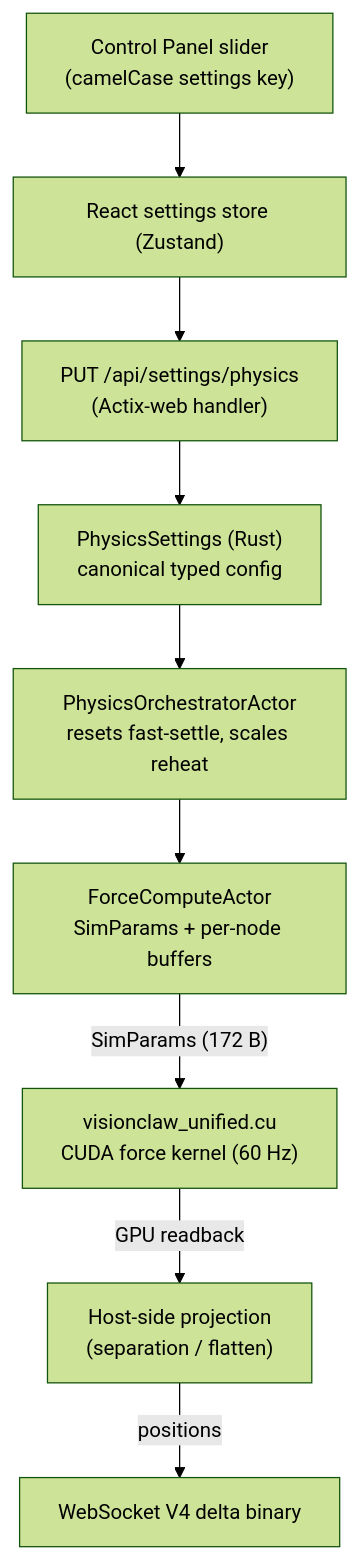
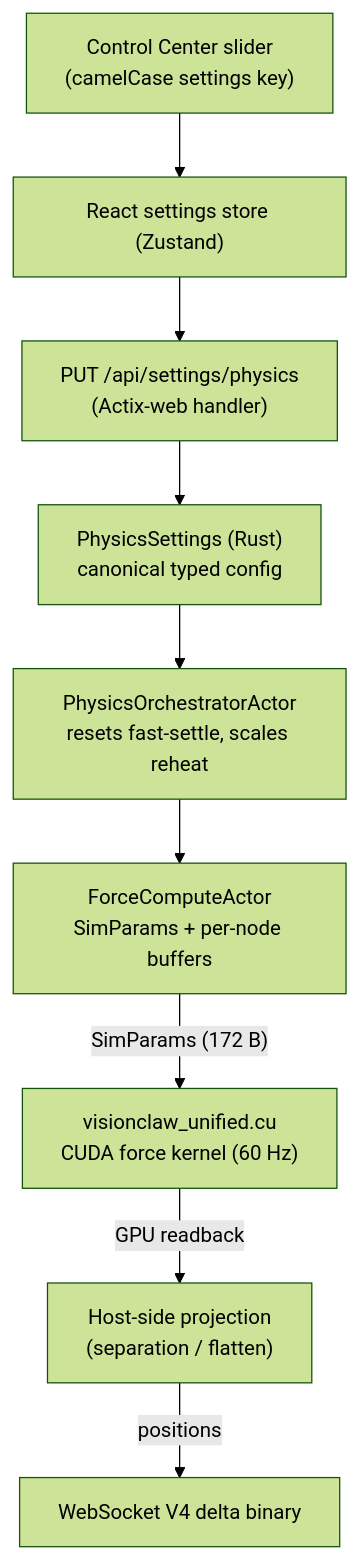
Before and after one commit to DreamLab-AI/AR-AI-Knowledge-Graph: the diagram in docs/reference/physics-parameters.md, drawn with Mermaid (forest theme). The commit also changed other lines of this file and 10 other files, not shown here.

First line of the commit message:
docs: control-center re-imagination — ADR-129, architecture doc, stale-reference sweep

````diff
--- a/docs/reference/physics-parameters.md
+++ b/docs/reference/physics-parameters.md
@@ -27,17 +27,17 @@
 ```mermaid
 flowchart TD
-  Slider["Control Panel slider<br/>(camelCase settings key)"]
+  Slider["Control Center slider<br/>(camelCase settings key)"]
   Store["React settings store (Zustand)"]
   Put["PUT /api/settings/physics<br/>(Actix-web handler)"]
   Phys["PhysicsSettings (Rust)<br/>canonical typed config"]
   Orch["PhysicsOrchestratorActor<br/>resets fast-settle, scales reheat"]
   Force["ForceComputeActor<br/>SimParams + per-node buffers"]
   Kernel["visionclaw_unified.cu<br/>CUDA force kernel (60 Hz)"]
   Proj["Host-side projection<br/>(separation / flatten)"]
   WS["WebSocket V4 delta binary"]
 
   Slider --> Store --> Put --> Phys --> Orch --> Force
   Force -->|"SimParams (172 B)"| Kernel
   Kernel -->|"GPU readback"| Proj
   Proj -->|"positions"| WS
 ```
````
